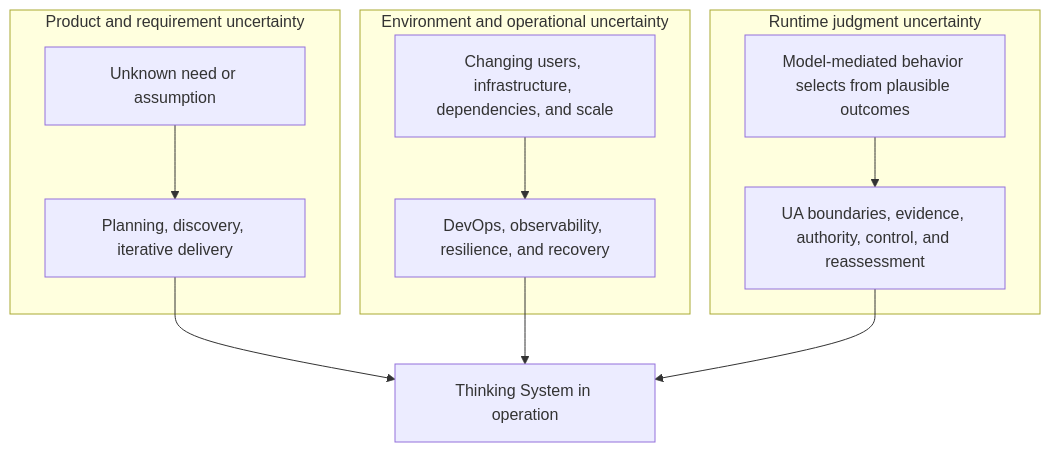
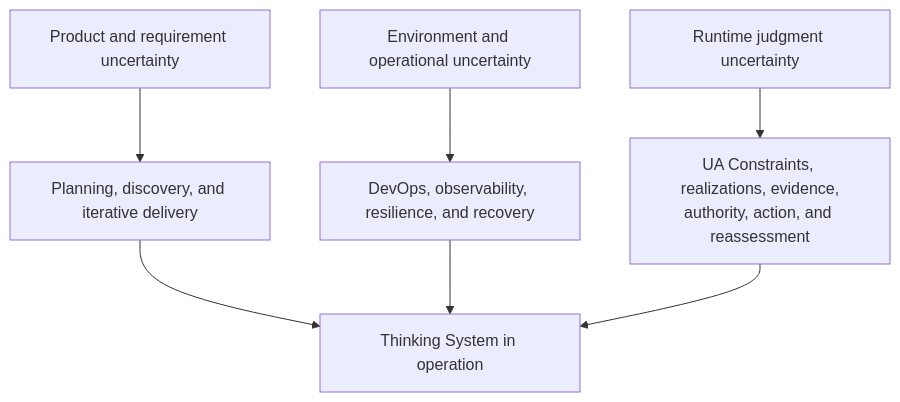
The first of 4 diagrams in 00-doctrine/uncertainty-in-the-controlled-object.md (UncertaintyArchitectureGroup/uncertainty-architecture), drawn with Mermaid before and after one commit. The commit also changed other lines of this file and 31 other files, not shown here.

First line of the commit message:
Define Constraints and Constraint Realization as first-class control concepts (#32)

````diff
--- a/00-doctrine/uncertainty-in-the-controlled-object.md
+++ b/00-doctrine/uncertainty-in-the-controlled-object.md
@@ -121,24 +97,14 @@
 ```mermaid
 flowchart TB
-    subgraph P[Product and requirement uncertainty]
-        P1[Unknown need or assumption]
-        P2[Planning, discovery, iterative delivery]
-        P1 --> P2
-    end
+    P[Product and requirement uncertainty]
+    PD[Planning, discovery, and iterative delivery]
+    O[Environment and operational uncertainty]
+    OD[DevOps, observability, resilience, and recovery]
+    J[Runtime judgment uncertainty]
+    UA[UA Constraints, realizations, evidence,<br/>authority, action, and reassessment]
+    S[Thinking System in operation]
 
-    subgraph O[Environment and operational uncertainty]
-        O1[Changing users, infrastructure, dependencies, and scale]
-        O2[DevOps, observability, resilience, and recovery]
-        O1 --> O2
-    end
-
-    subgraph J[Runtime judgment uncertainty]
-        J1[Model-mediated behavior selects from plausible outcomes]
-        J2[UA boundaries, evidence, authority, control, and reassessment]
-        J1 --> J2
-    end
-
-    P2 --> S[Thinking System in operation]
-    O2 --> S
-    J2 --> S
+    P --> PD --> S
+    O --> OD --> S
+    J --> UA --> S
 ```
````
